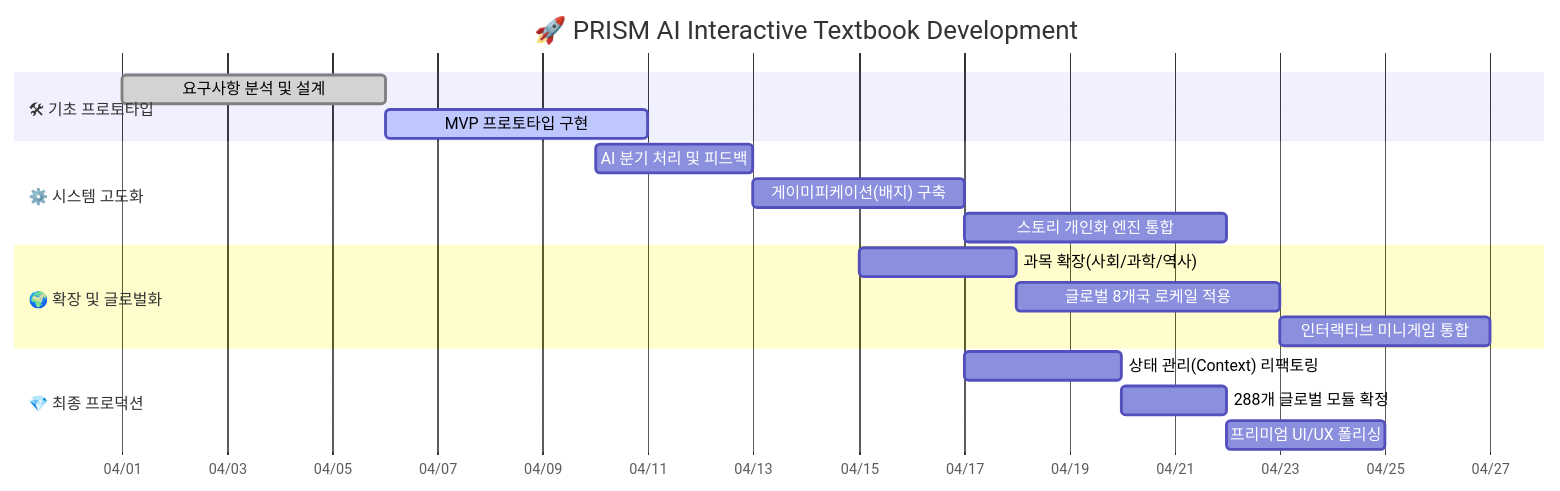
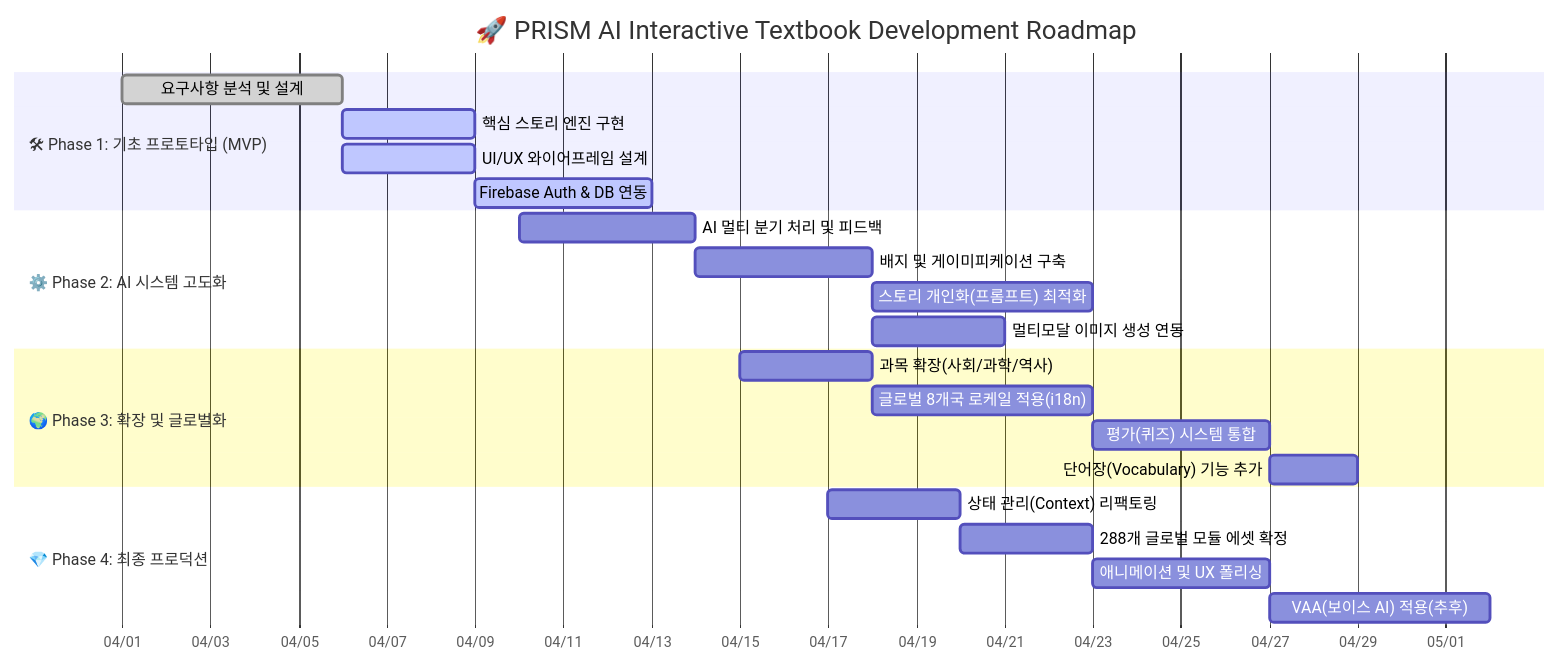
Before and after one commit to ll7098ll/prism: the diagram in docs/01_PROJECT_PROPOSAL.md, drawn with Mermaid. The commit also changed other lines of this file and 12 other files, not shown here.

````diff
--- a/docs/01_PROJECT_PROPOSAL.md
+++ b/docs/01_PROJECT_PROPOSAL.md
@@ -30,25 +33,30 @@
 ```mermaid
 gantt
-    title 🚀 PRISM AI Interactive Textbook Development
+    title 🚀 PRISM AI Interactive Textbook Development Roadmap
     dateFormat  YYYY-MM-DD
     axisFormat  %m/%d
     
-    section 🛠 기초 프로토타입
+    section 🛠 Phase 1: 기초 프로토타입 (MVP)
     요구사항 분석 및 설계      :done, a1, 2026-04-01, 5d
-    MVP 프로토타입 구현      :active, a2, after a1, 5d
+    핵심 스토리 엔진 구현      :active, a2, after a1, 3d
+    UI/UX 와이어프레임 설계    :active, a3, after a1, 3d
+    Firebase Auth & DB 연동   :active, a4, after a3, 4d
     
-    section ⚙️ 시스템 고도화
-    AI 분기 처리 및 피드백     :b1, 2026-04-10, 3d
-    게이미피케이션(배지) 구축   :b2, after b1, 4d
-    스토리 개인화 엔진 통합     :b3, after b2, 5d
+    section ⚙️ Phase 2: AI 시스템 고도화
+    AI 멀티 분기 처리 및 피드백  :b1, 2026-04-10, 4d
+    배지 및 게이미피케이션 구축  :b2, after b1, 4d
+    스토리 개인화(프롬프트) 최적화 :b3, after b2, 5d
+    멀티모달 이미지 생성 연동    :b4, after b2, 3d
     
-    section 🌍 확장 및 글로벌화
-    과목 확장(사회/과학/역사)   :c1, 2026-04-15, 3d
-    글로벌 8개국 로케일 적용    :c2, after c1, 5d
-    인터랙티브 미니게임 통합    :c3, after c2, 4d
+    section 🌍 Phase 3: 확장 및 글로벌화
+    과목 확장(사회/과학/역사)    :c1, 2026-04-15, 3d
+    글로벌 8개국 로케일 적용(i18n):c2, after c1, 5d
+    평가(퀴즈) 시스템 통합     :c3, after c2, 4d
+    단어장(Vocabulary) 기능 추가:c4, after c3, 2d
     
-    section 💎 최종 프로덕션
-    상태 관리(Context) 리팩토링 :d1, 2026-04-17, 3d
-    288개 글로벌 모듈 확정     :d2, 2026-04-20, 2d
-    프리미엄 UI/UX 폴리싱      :d3, after d2, 3d
+    section 💎 Phase 4: 최종 프로덕션
+    상태 관리(Context) 리팩토링  :d1, 2026-04-17, 3d
+    288개 글로벌 모듈 에셋 확정  :d2, 2026-04-20, 3d
+    애니메이션 및 UX 폴리싱      :d3, after d2, 4d
+    VAA(보이스 AI) 적용(추후)   :d4, after d3, 5d
 ```
````
